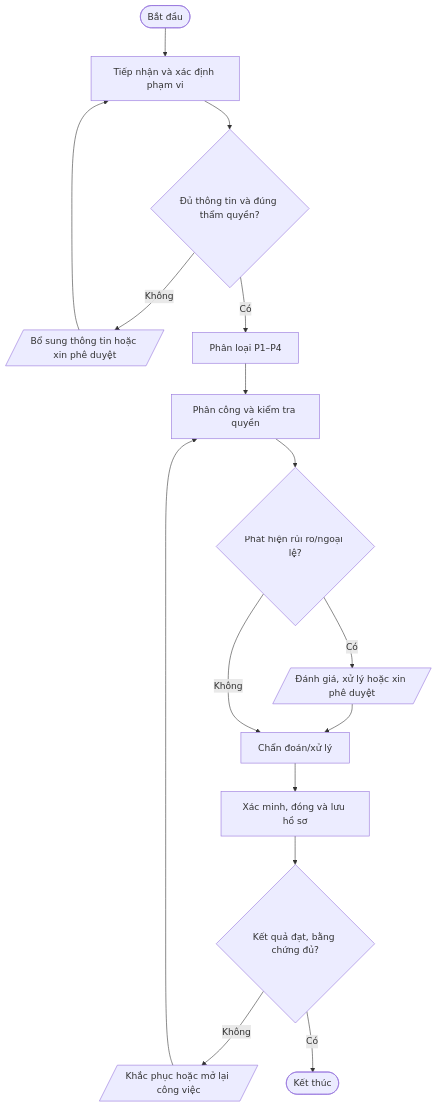
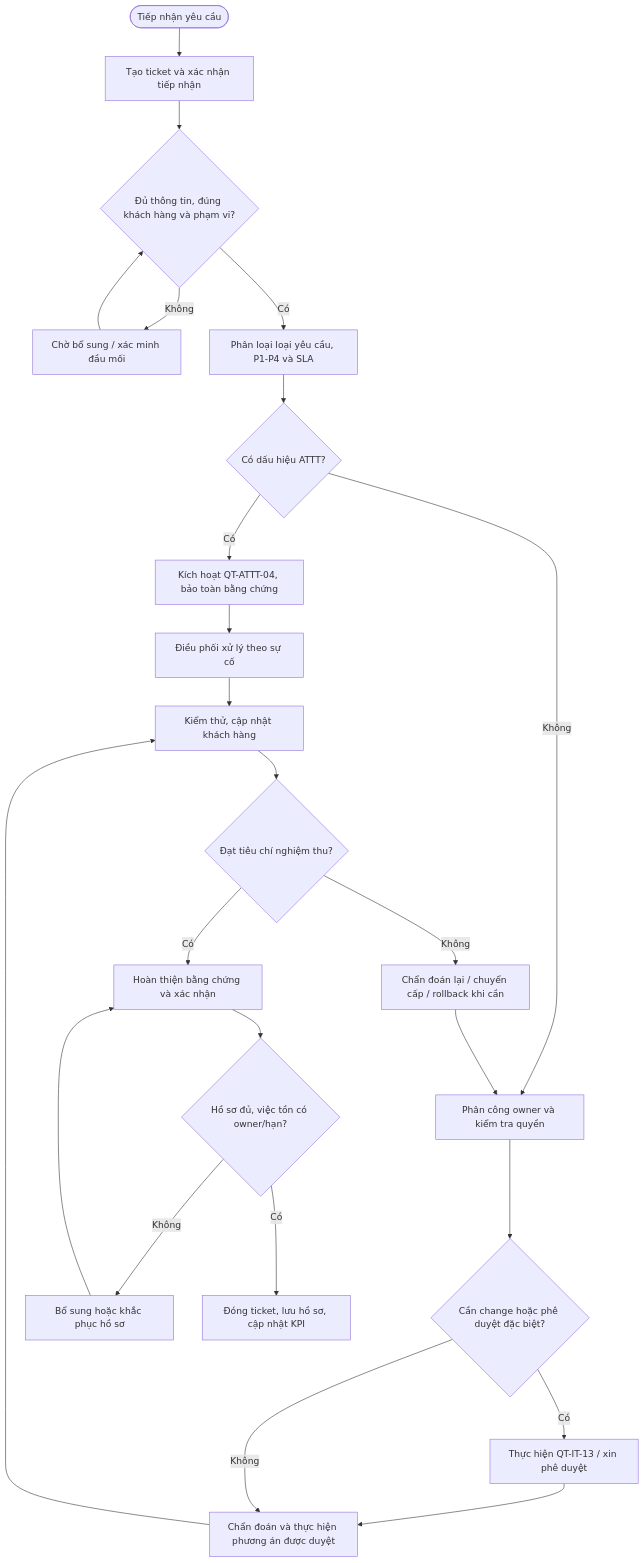
Before and after one commit to daoaigiangnam/Quy_Trinh_Chuan: the diagram in quy-trinh/chi-tiet/QT-IT-08.md, drawn with Mermaid. The commit also changed other lines of this file, not shown here.

Commit message:
Cập nhật nội dung chi tiết QT-IT-08.md lên main

````diff
--- a/quy-trinh/chi-tiet/QT-IT-08.md
+++ b/quy-trinh/chi-tiet/QT-IT-08.md
@@ -31,18 +284,26 @@
 ```mermaid
 flowchart TD
-  A([Bắt đầu]) --> S1["Tiếp nhận và xác định phạm vi"]
-  S1 --> D1{"Đủ thông tin và đúng thẩm quyền?"}
-  D1 -- Không --> F1[/"Bổ sung thông tin hoặc xin phê duyệt"/]
-  F1 --> S1
-  D1 -- Có --> S2["Phân loại P1–P4"]
-  S2 --> S3["Phân công và kiểm tra quyền"]
-  S3 --> D2{"Phát hiện rủi ro/ngoại lệ?"}
-  D2 -- Có --> RISK[/"Đánh giá, xử lý hoặc xin phê duyệt"/]
-  RISK --> S4["Chẩn đoán/xử lý"]
-  D2 -- Không --> S4
-  S4 --> S5["Xác minh, đóng và lưu hồ sơ"]
-  S5 --> D3{"Kết quả đạt, bằng chứng đủ?"}
-  D3 -- Không --> R[/"Khắc phục hoặc mở lại công việc"/]
-  R --> S3
-  D3 -- Có --> Z([Kết thúc])
+  A([Tiếp nhận yêu cầu]) --> B[Tạo ticket và xác nhận tiếp nhận]
+  B --> C{Đủ thông tin, đúng khách hàng và phạm vi?}
+  C -- Không --> D[Chờ bổ sung / xác minh đầu mối]
+  D --> C
+  C -- Có --> E[Phân loại loại yêu cầu, P1-P4 và SLA]
+  E --> F{Có dấu hiệu ATTT?}
+  F -- Có --> G[Kích hoạt QT-ATTT-04, bảo toàn bằng chứng]
+  G --> H[Điều phối xử lý theo sự cố]
+  F -- Không --> I[Phân công owner và kiểm tra quyền]
+  I --> J{Cần change hoặc phê duyệt đặc biệt?}
+  J -- Có --> K[Thực hiện QT-IT-13 / xin phê duyệt]
+  K --> L[Chẩn đoán và thực hiện phương án được duyệt]
+  J -- Không --> L
+  H --> M[Kiểm thử, cập nhật khách hàng]
+  L --> M
+  M --> N{Đạt tiêu chí nghiệm thu?}
+  N -- Không --> O[Chẩn đoán lại / chuyển cấp / rollback khi cần]
+  O --> I
+  N -- Có --> P[Hoàn thiện bằng chứng và xác nhận]
+  P --> Q{Hồ sơ đủ, việc tồn có owner/hạn?}
+  Q -- Không --> R[Bổ sung hoặc khắc phục hồ sơ]
+  R --> P
+  Q -- Có --> S[Đóng ticket, lưu hồ sơ, cập nhật KPI]
 ```
````
